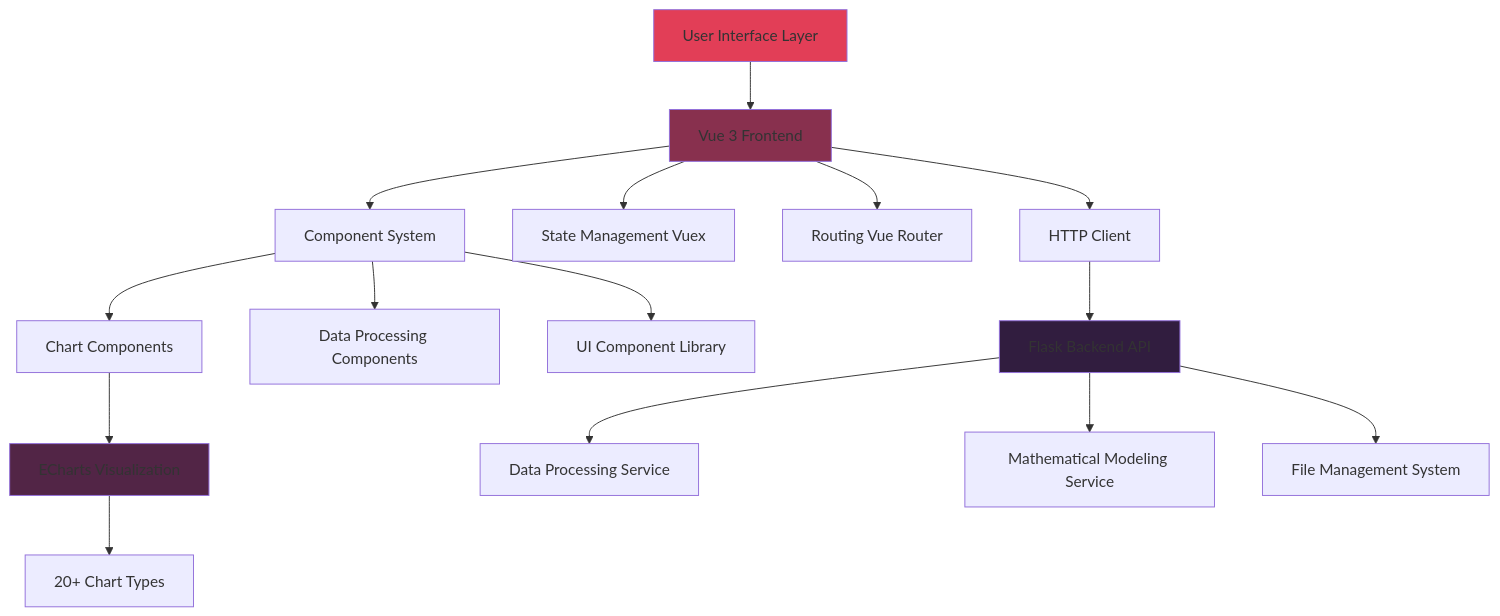
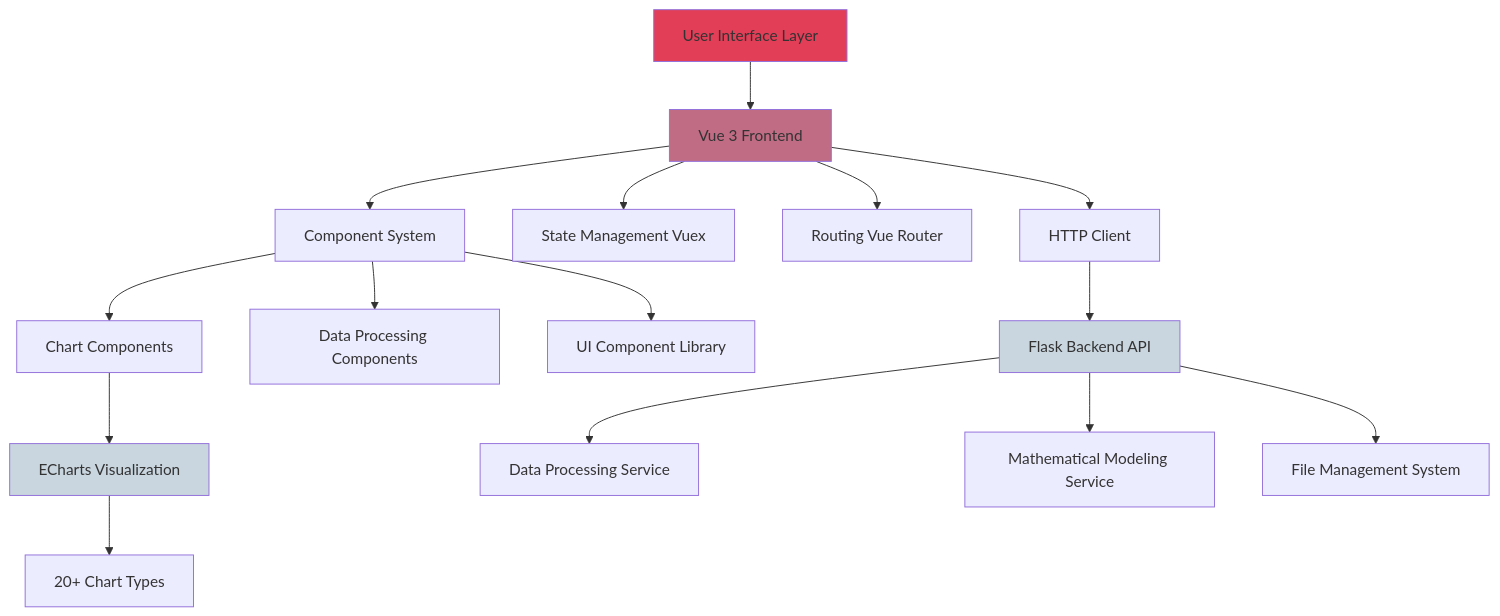
One commit to TiiJeiJ8/AetherLab changed the diagram in README.md. Above: the diagram before and after it, drawn with Mermaid.

````diff
--- a/README.md
+++ b/README.md
@@ -11,26 +11,26 @@
 ```mermaid
 graph TB
     A[User Interface Layer] --> B[Vue 3 Frontend]
     B --> C[Component System]
     B --> D[State Management Vuex]
     B --> E[Routing Vue Router]
     
     C --> F[Chart Components]
     C --> G[Data Processing Components]
     C --> H[UI Component Library]
     
     F --> I[ECharts Visualization]
     I --> J[20+ Chart Types]
     
     B --> K[HTTP Client]
     K --> L[Flask Backend API]
     L --> M[Data Processing Service]
     L --> N[Mathematical Modeling Service]
     L --> O[File Management System]
     
     style A fill:#e23e57
-    style B fill:#88304e
-    style I fill:#522546
-    style L fill:#311d3f
+    style B fill:#c06c84
+    style I fill:#c9d6df
+    style L fill:#c9d6df
 
 ```
````
